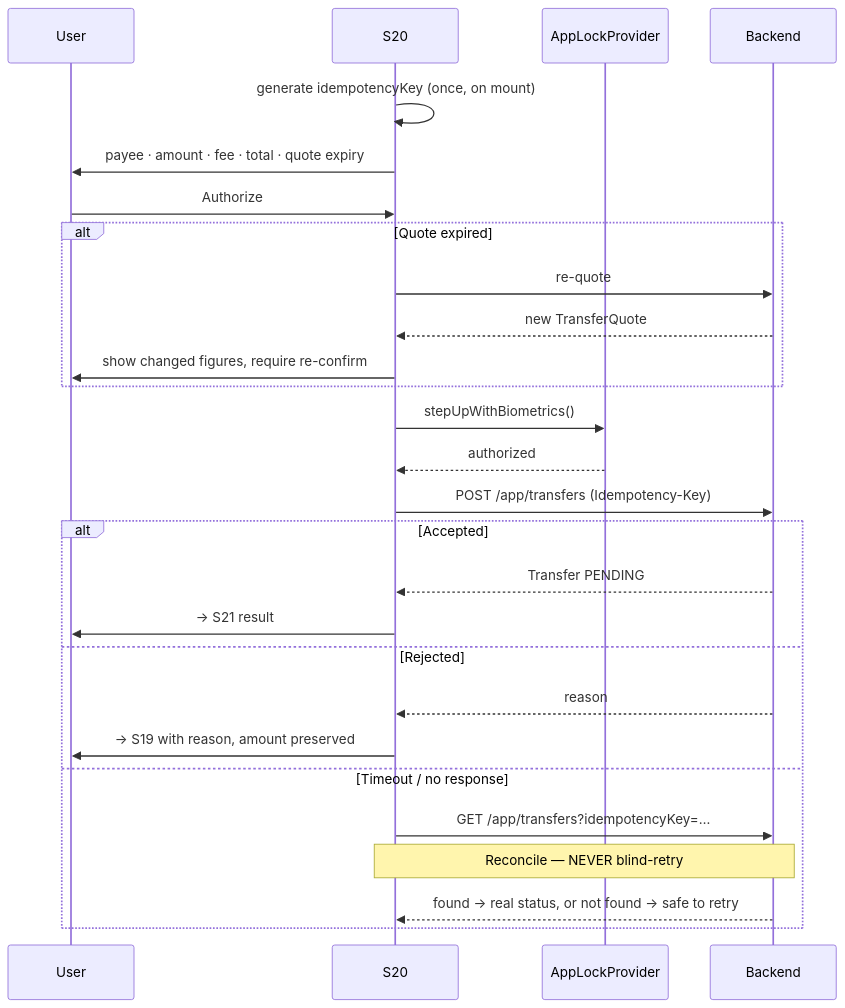
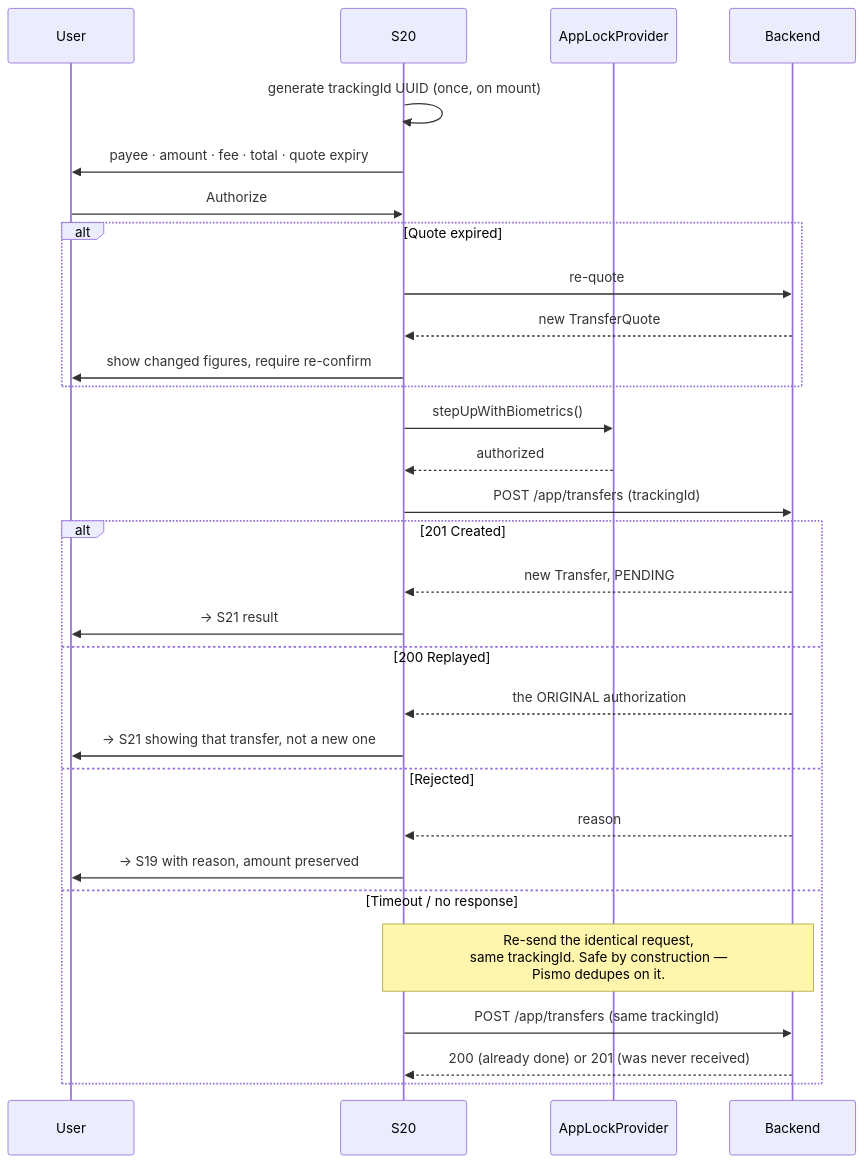
Diagram 14 of 21 in docs/card-app-complete-spec.md (yr08ii/card-management-app), drawn with Mermaid before and after one commit. The commit also changed other lines of this file and 1 other file, not shown here.

First line of the commit message:
docs: correct money-movement design against the actual Pismo API

````diff
--- a/docs/card-app-complete-spec.md
+++ b/docs/card-app-complete-spec.md
@@ -675,30 +690,33 @@
 ```mermaid
 sequenceDiagram
     participant U as User
     participant S as S20
     participant L as AppLockProvider
     participant API as Backend
 
-    S->>S: generate idempotencyKey (once, on mount)
+    S->>S: generate trackingId UUID (once, on mount)
     S->>U: payee · amount · fee · total · quote expiry
     U->>S: Authorize
     alt Quote expired
         S->>API: re-quote
         API-->>S: new TransferQuote
         S->>U: show changed figures, require re-confirm
     end
     S->>L: stepUpWithBiometrics()
     L-->>S: authorized
-    S->>API: POST /app/transfers (Idempotency-Key)
-    alt Accepted
-        API-->>S: Transfer PENDING
+    S->>API: POST /app/transfers (trackingId)
+    alt 201 Created
+        API-->>S: new Transfer, PENDING
         S->>U: → S21 result
+    else 200 Replayed
+        API-->>S: the ORIGINAL authorization
+        S->>U: → S21 showing that transfer, not a new one
     else Rejected
         API-->>S: reason
         S->>U: → S19 with reason, amount preserved
     else Timeout / no response
-        S->>API: GET /app/transfers?idempotencyKey=…
-        Note over S,API: Reconcile — NEVER blind-retry
-        API-->>S: found → real status, or not found → safe to retry
+        Note over S,API: Re-send the identical request,<br/>same trackingId. Safe by construction —<br/>Pismo dedupes on it.
+        S->>API: POST /app/transfers (same trackingId)
+        API-->>S: 200 (already done) or 201 (was never received)
     end
 ```
````
